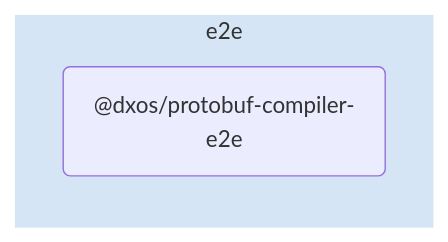
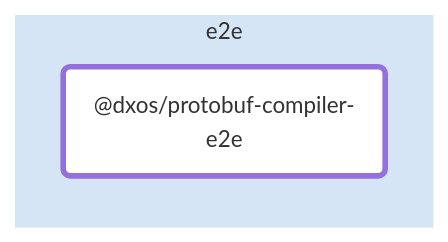
One commit to dxos/dxos changed the diagram in e2e/protobuf-compiler/docs/README.md. Above: the diagram before and after it, drawn with Mermaid. The commit also changed other lines of this file and 88 other files, not shown here.

````diff
--- a/e2e/protobuf-compiler/docs/README.md
+++ b/e2e/protobuf-compiler/docs/README.md
@@ -5,9 +7,12 @@
 ```mermaid
 flowchart LR;
+
+style dxos/protobuf-compiler-e2e fill:#fff,stroke-width:4px;
+
 
 subgraph e2e
   style e2e fill:#d6e5f5,stroke:#fff;
   dxos/protobuf-compiler-e2e("@dxos/protobuf-compiler-e2e");
 end
 
 ```
````
